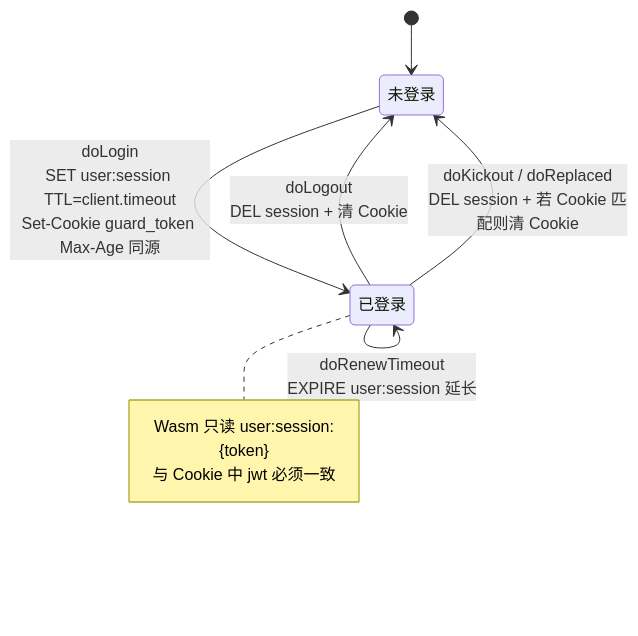
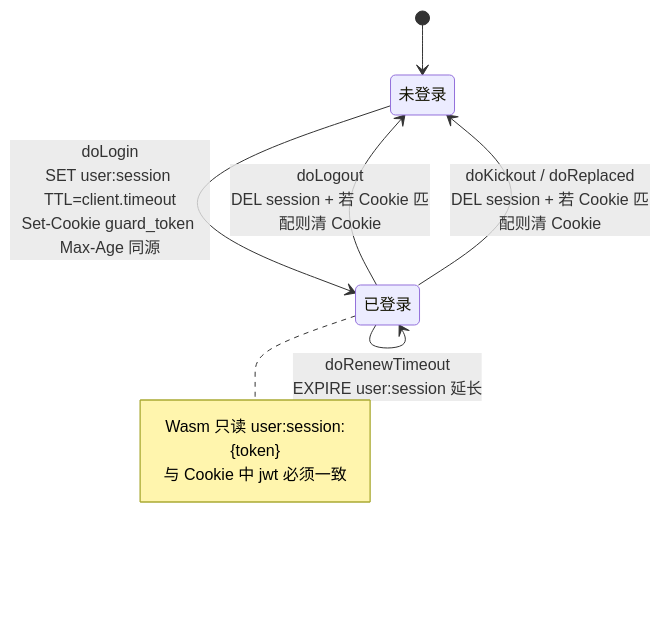
Before and after one commit to tianyehedashu/ai-agent: diagram 11 of 11 in docs/SSO.md, drawn with Mermaid. The commit also changed other lines of this file, not shown here.

First line of the commit message:
docs(SSO): 补充 Undertow Cookie 约束和 doLogout 互斥登录修复说明

````diff
--- a/docs/SSO.md
+++ b/docs/SSO.md
@@ -479,12 +483,12 @@
 ```mermaid
 stateDiagram-v2
     [*] --> 未登录
     未登录 --> 已登录: doLogin<br/>SET user:session TTL=client.timeout<br/>Set-Cookie guard_token Max-Age 同源
     已登录 --> 已登录: doRenewTimeout<br/>EXPIRE user:session 延长
-    已登录 --> 未登录: doLogout<br/>DEL session + 清 Cookie
+    已登录 --> 未登录: doLogout<br/>DEL session + 若 Cookie 匹配则清 Cookie
     已登录 --> 未登录: doKickout / doReplaced<br/>DEL session + 若 Cookie 匹配则清 Cookie
     note right of 已登录
         Wasm 只读 user:session:{token}
         与 Cookie 中 jwt 必须一致
     end note
 ```
````
